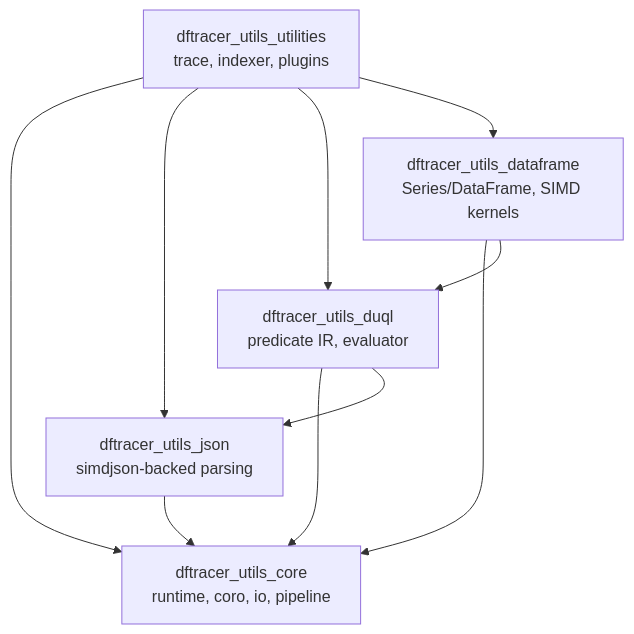
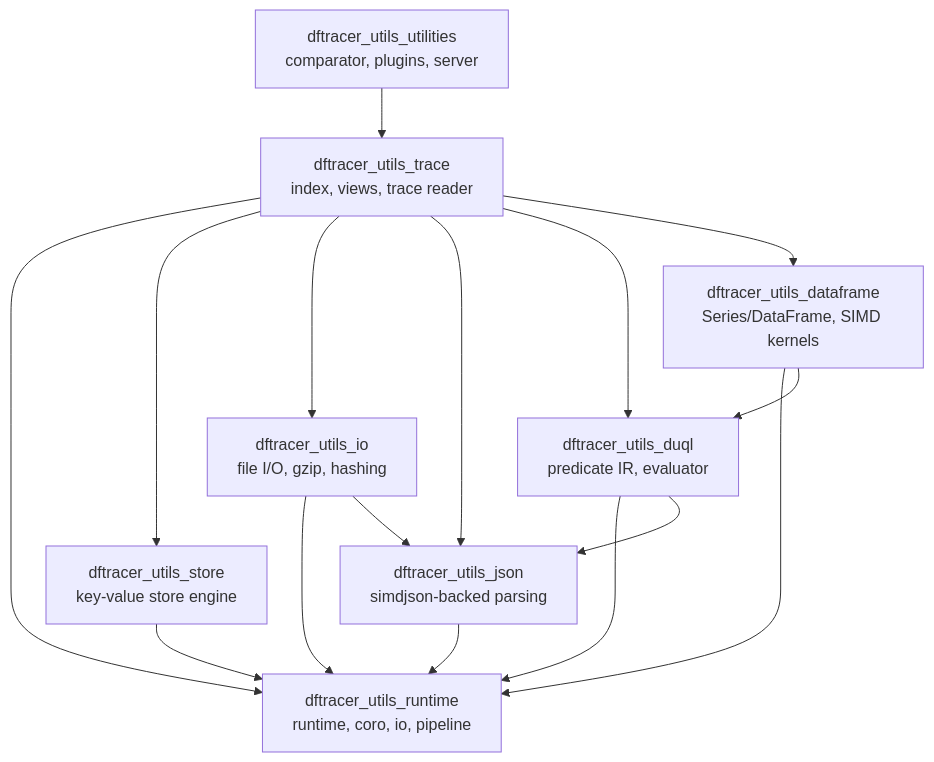
One commit to llnl-asr/dftracer-utils changed the first of 2 diagrams in docs/source/concepts/architecture.rst. Above: the diagram before and after it, drawn with Mermaid. The commit also changed other lines of this file and 2618 other files, not shown here.

```diff
--- a/docs/source/concepts/architecture.rst
+++ b/docs/source/concepts/architecture.rst
@@ -40,17 +50,26 @@
 .. mermaid::
 
    graph TB
-       Core["dftracer_utils_core<br/>runtime, coro, io, pipeline"]
+       Runtime["dftracer_utils_runtime<br/>runtime, coro, io, pipeline"]
+       Store["dftracer_utils_store<br/>key-value store engine"]
+       Io["dftracer_utils_io<br/>file I/O, gzip, hashing"]
        Json["dftracer_utils_json<br/>simdjson-backed parsing"]
        Query["dftracer_utils_duql<br/>predicate IR, evaluator"]
        DF["dftracer_utils_dataframe<br/>Series/DataFrame, SIMD kernels"]
-       Util["dftracer_utils_utilities<br/>trace, indexer, plugins"]
-       Json --> Core
-       Query --> Core
+       Trace["dftracer_utils_trace<br/>index, views, trace reader"]
+       Util["dftracer_utils_utilities<br/>comparator, plugins, server"]
+       Store --> Runtime
+       Io --> Runtime
+       Io --> Json
+       Json --> Runtime
+       Query --> Runtime
        Query --> Json
-       DF --> Core
+       DF --> Runtime
        DF --> Query
-       Util --> Core
-       Util --> Json
-       Util --> Query
-       Util --> DF
+       Trace --> Runtime
+       Trace --> Store
+       Trace --> Io
+       Trace --> Json
+       Trace --> Query
+       Trace --> DF
+       Util --> Trace
```
